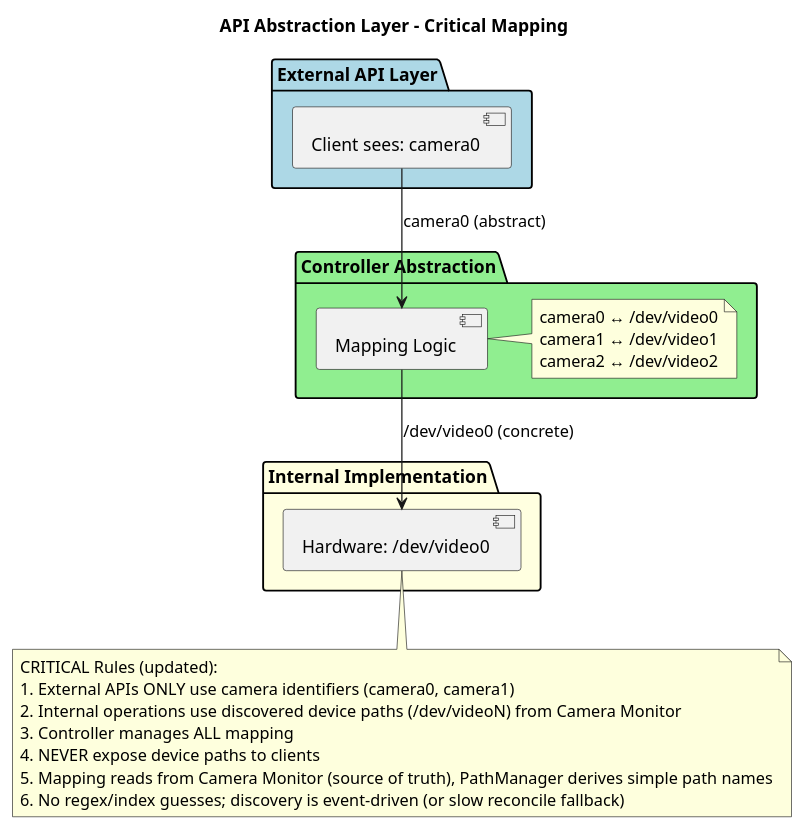
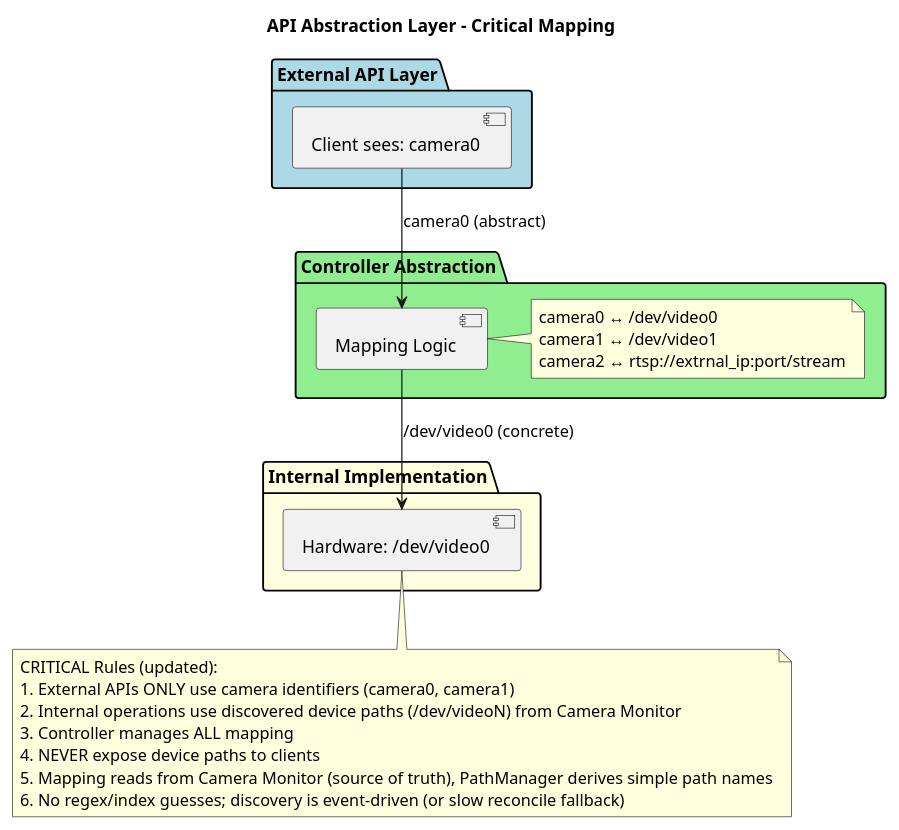
Before and after one commit to CarlosSprekelsen/CameraRecorder: the tenth of 30 diagrams in mediamtx-camera-service-go/docs/architecture/go-architecture-guide.md, drawn with PlantUML. The commit also changed other lines of this file and 11 other files, not shown here.

````diff
--- a/mediamtx-camera-service-go/docs/architecture/go-architecture-guide.md
+++ b/mediamtx-camera-service-go/docs/architecture/go-architecture-guide.md
@@ -526,36 +524,36 @@
 ```plantuml
 @startuml AbstractionLayer
 title API Abstraction Layer - Critical Mapping
 
 package "External API Layer" #lightblue {
     component "Client sees: camera0" as API
 }
 
 package "Controller Abstraction" #lightgreen {
     component "Mapping Logic" as MAP
     note right of MAP
     camera0 ↔ /dev/video0
     camera1 ↔ /dev/video1
-    camera2 ↔ /dev/video2
+    camera2 ↔ rtsp://extrnal_ip:port/stream
     end note
 }
 
 package "Internal Implementation" #lightyellow {
     component "Hardware: /dev/video0" as HW
 }
 
 API --> MAP: camera0 (abstract)
 MAP --> HW: /dev/video0 (concrete)
 
 note bottom
 CRITICAL Rules (updated):
 1. External APIs ONLY use camera identifiers (camera0, camera1)
 2. Internal operations use discovered device paths (/dev/videoN) from Camera Monitor
 3. Controller manages ALL mapping
 4. NEVER expose device paths to clients
 5. Mapping reads from Camera Monitor (source of truth), PathManager derives simple path names
 6. No regex/index guesses; discovery is event-driven (or slow reconcile fallback)
 end note
 
 @enduml
 ```
````
